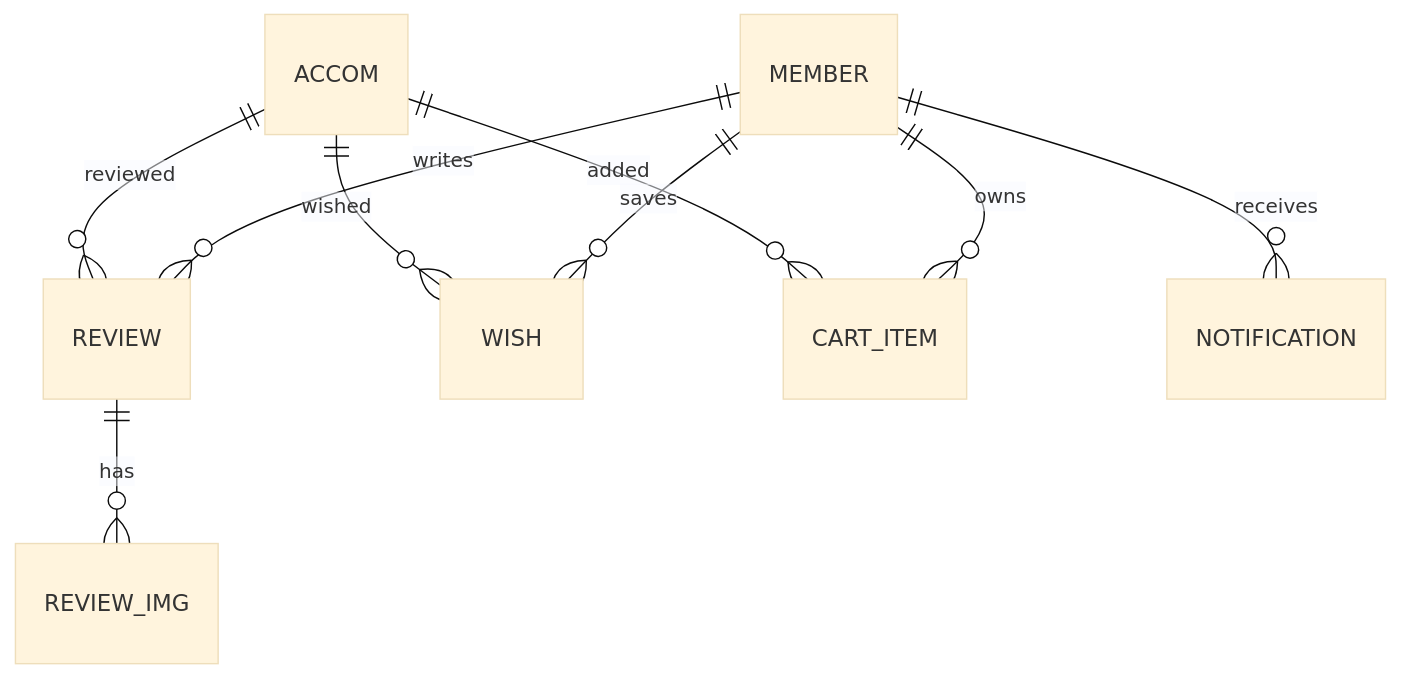
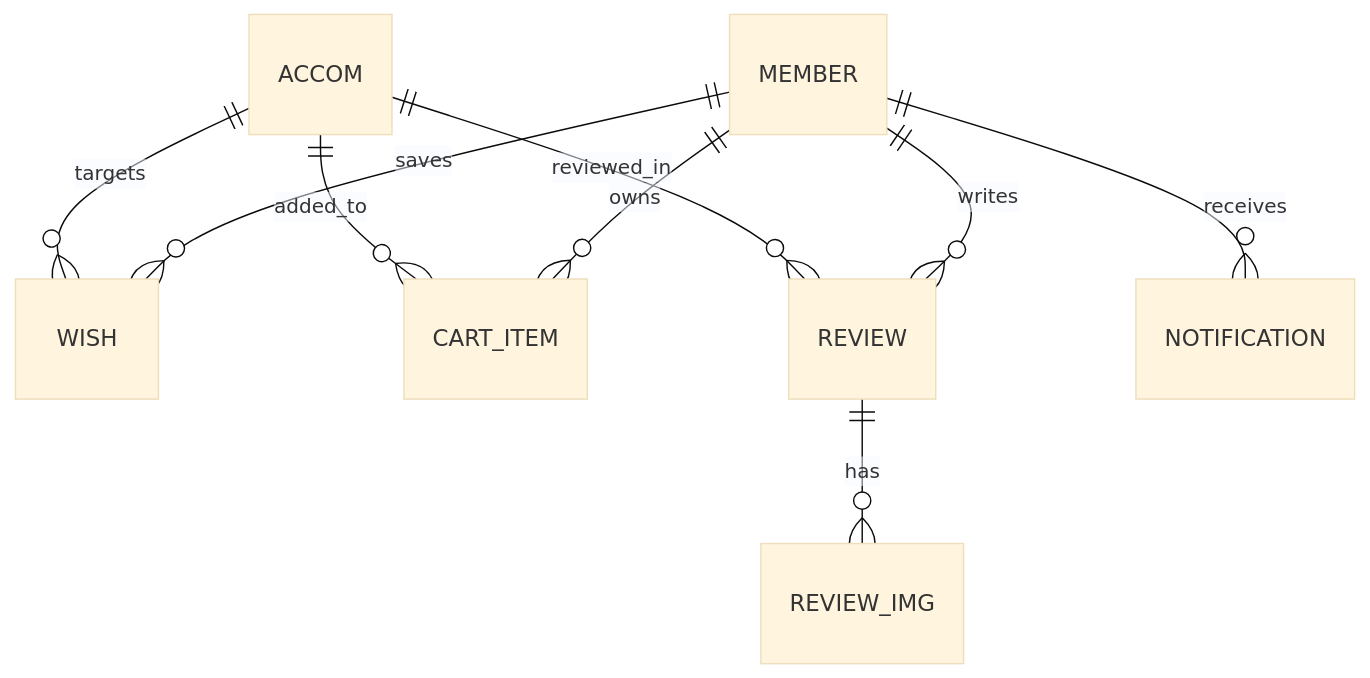
Before and after one commit to rynne4976-art/Accommodation: the second of 3 diagrams in README.md, drawn with Mermaid (base theme). The commit also changed other lines of this file, not shown here.

````diff
--- a/README.md
+++ b/README.md
@@ -204,13 +251,13 @@
 ```mermaid
 erDiagram
-    MEMBER ||--o{ REVIEW : writes
     MEMBER ||--o{ WISH : saves
     MEMBER ||--o{ CART_ITEM : owns
+    MEMBER ||--o{ REVIEW : writes
     MEMBER ||--o{ NOTIFICATION : receives
 
-    ACCOM ||--o{ REVIEW : reviewed
-    ACCOM ||--o{ WISH : wished
-    ACCOM ||--o{ CART_ITEM : added
+    ACCOM ||--o{ WISH : targets
+    ACCOM ||--o{ CART_ITEM : added_to
+    ACCOM ||--o{ REVIEW : reviewed_in
 
     REVIEW ||--o{ REVIEW_IMG : has
 ```
````
